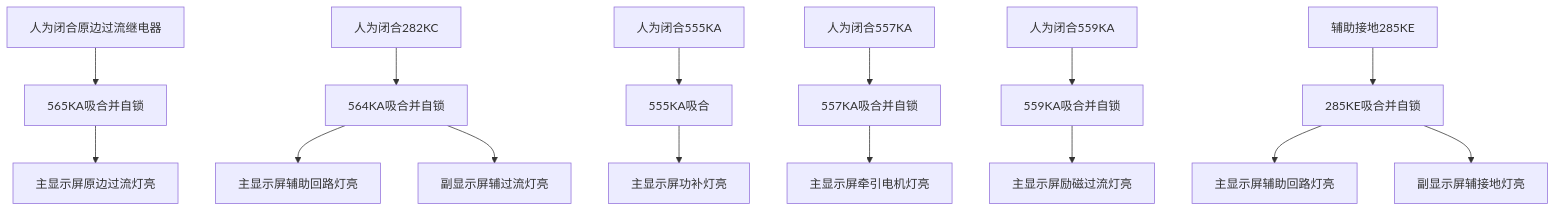
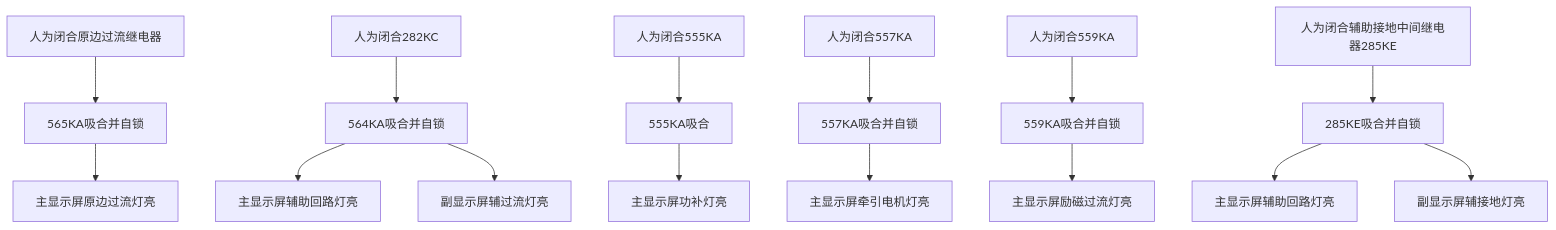
The fourth of 10 diagrams in 2026实训/低压试验 0907-0924/低压试验笔记.md (cjy0812/23school-note), drawn with Mermaid before and after one commit. The commit also changed other lines of this file, not shown here.

First line of the commit message:
fix: 低压实验-流程图走向错误

````diff
--- a/2026实训/低压试验 0907-0924/低压试验笔记.md
+++ b/2026实训/低压试验 0907-0924/低压试验笔记.md
@@ -109,34 +109,34 @@
 ```mermaid
 flowchart TD
 
 A[人为闭合原边过流继电器]
 A --> B[565KA吸合并自锁]
 B --> C[主显示屏原边过流灯亮]
 
 
 D[人为闭合282KC]
 D --> E[564KA吸合并自锁]
 E --> F[主显示屏辅助回路灯亮]
 E --> G[副显示屏辅过流灯亮]
 
 
 H[人为闭合555KA]
 H --> I[555KA吸合]
 I --> J[主显示屏功补灯亮]
 
 
 K[人为闭合557KA]
 K --> L[557KA吸合并自锁]
 L --> M[主显示屏牵引电机灯亮]
 
 
 N[人为闭合559KA]
 N --> O[559KA吸合并自锁]
 O --> P[主显示屏励磁过流灯亮]
 
 
-Q[辅助接地285KE]
+Q[人为闭合辅助接地中间继电器285KE]
 Q --> R[285KE吸合并自锁]
 R --> S[主显示屏辅助回路灯亮]
 R --> T[副显示屏辅接地灯亮]
 ```
````
